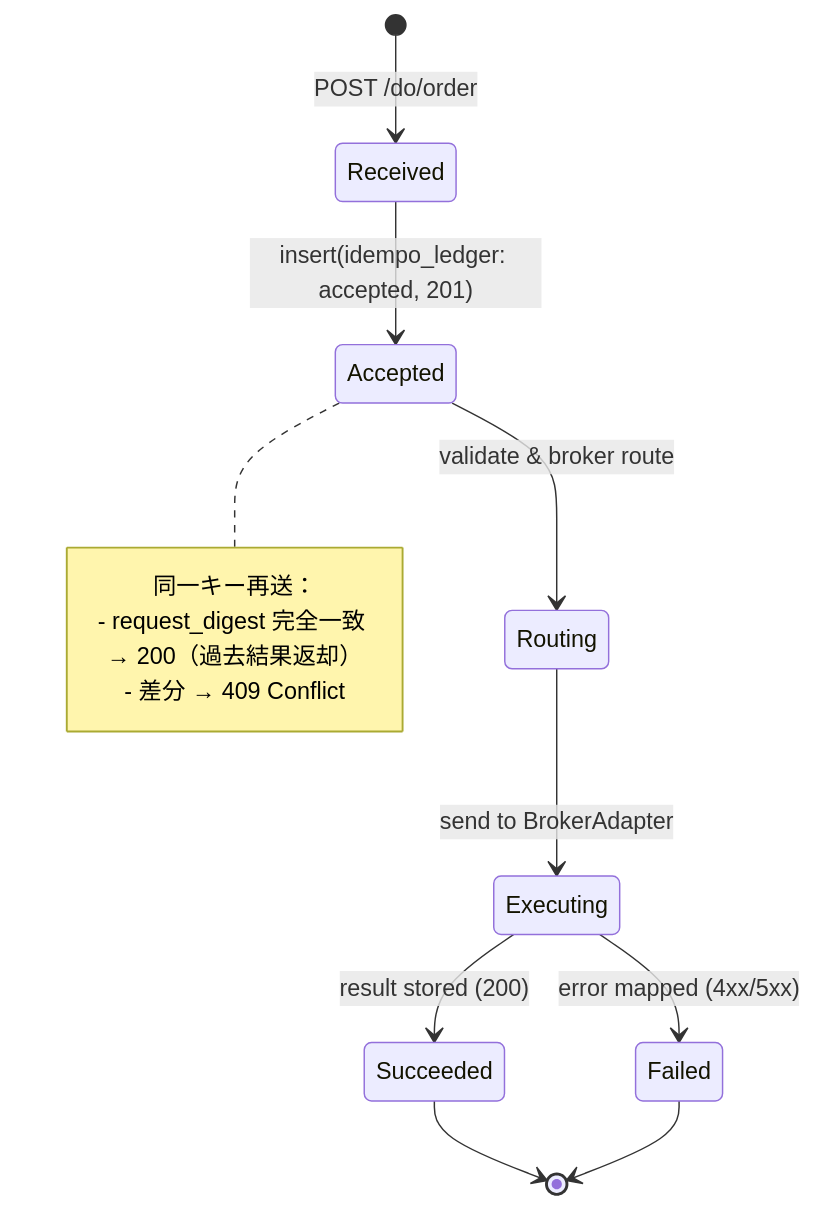
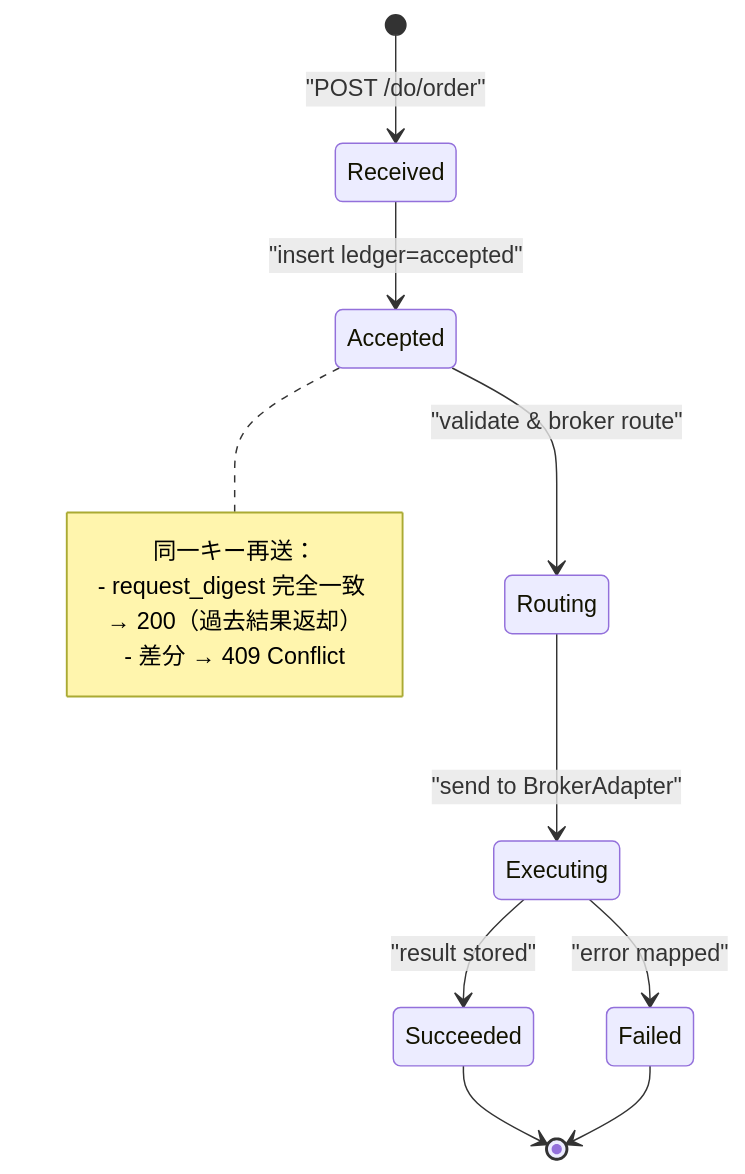
Before and after one commit to Noctria/noctria_kingdom: the diagram in docs/apis/Do-Layer-OrderAPI-Spec.md, drawn with Mermaid.

````diff
--- a/docs/apis/Do-Layer-OrderAPI-Spec.md
+++ b/docs/apis/Do-Layer-OrderAPI-Spec.md
@@ -56,17 +56,17 @@
 ```mermaid
 stateDiagram-v2
-  [*] --> Received: POST /do/order
-  Received --> Accepted: insert(idempo_ledger: accepted, 201)
-  Accepted --> Routing: validate & broker route
-  Routing --> Executing: send to BrokerAdapter
-  Executing --> Succeeded: result stored (200)
-  Executing --> Failed: error mapped (4xx/5xx)
+  [*] --> Received: "POST /do/order"
+  Received --> Accepted: "insert ledger=accepted"
+  Accepted --> Routing: "validate & broker route"
+  Routing --> Executing: "send to BrokerAdapter"
+  Executing --> Succeeded: "result stored"
+  Executing --> Failed: "error mapped"
   Succeeded --> [*]
   Failed --> [*]
 
   note right of Accepted
     同一キー再送：
     - request_digest 完全一致 → 200（過去結果返却）
     - 差分 → 409 Conflict
   end note
 ```
````
